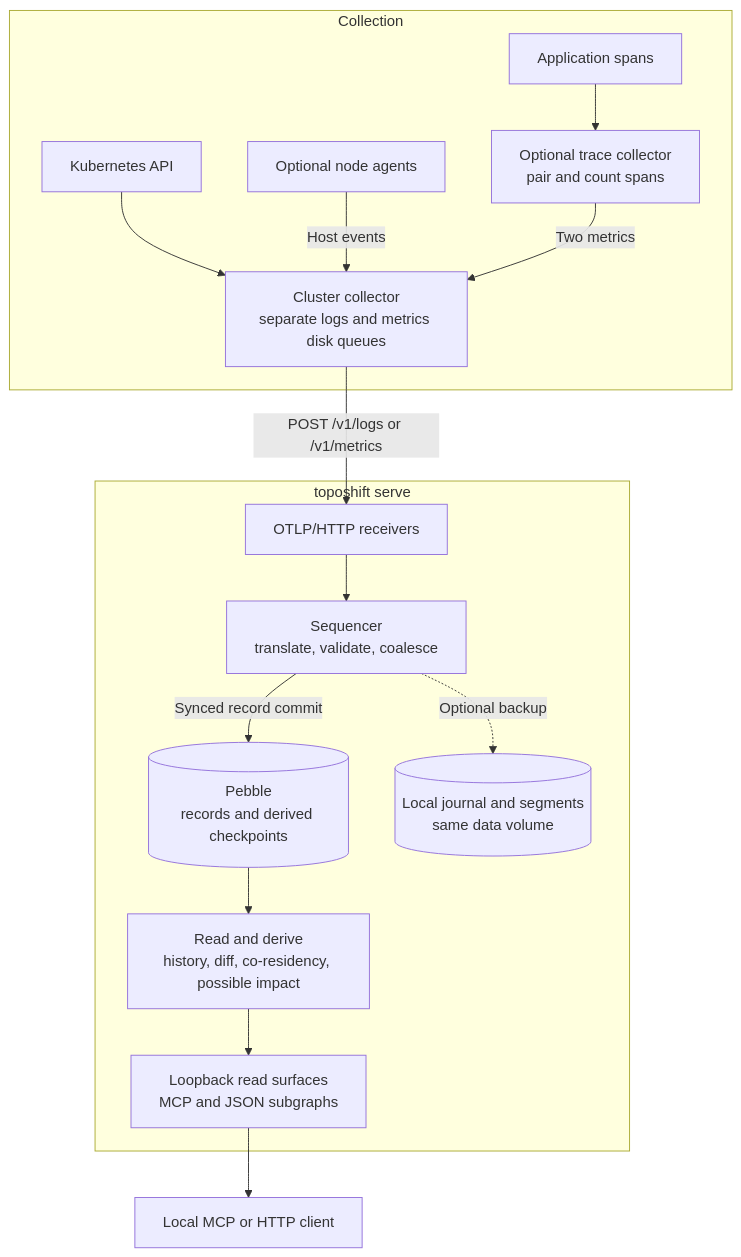
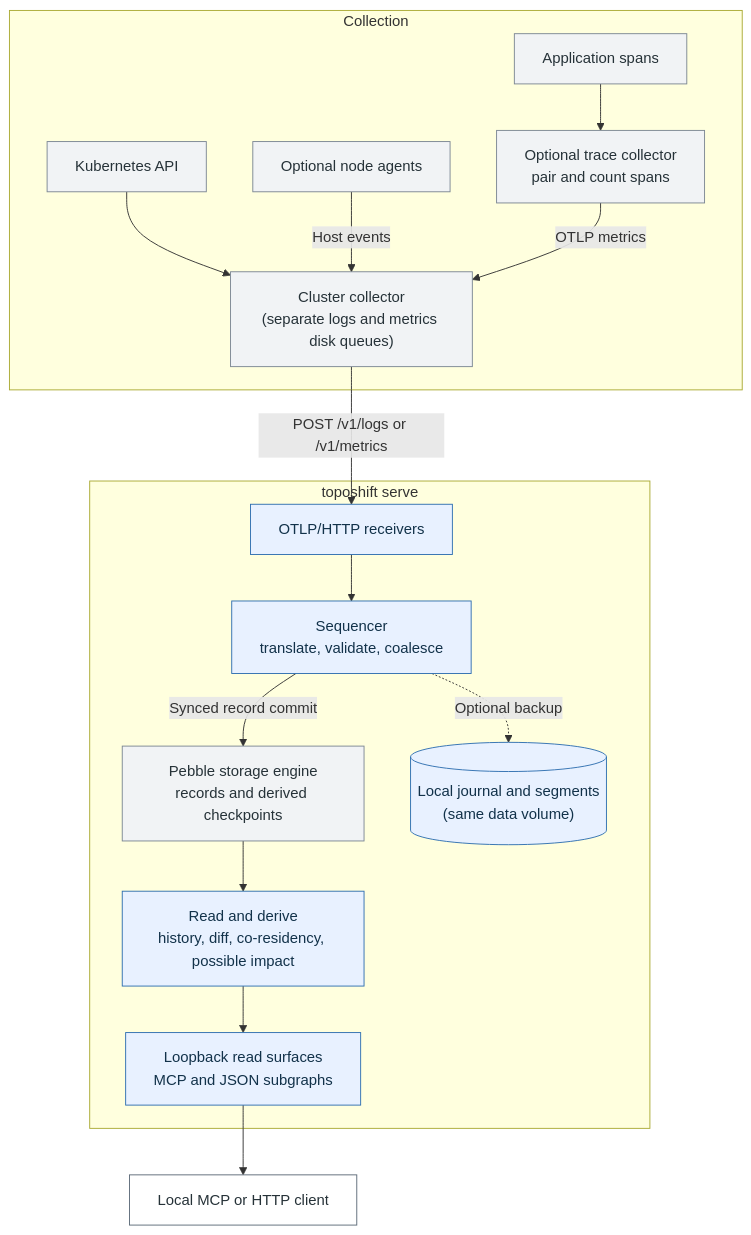
One commit to lotannauo/toposhift changed the diagram in docs/architecture.md. Above: the diagram before and after it, drawn with Mermaid. The commit also changed other lines of this file and 1 other file, not shown here.

Commit message:
[docs] M6: Clarify diagram ownership and queue labels
Distinguishes toposhift components and storage formats from upstream software in the system and collector diagrams. Keeps the existing flows and grouping, identifies Pebble as software, and uses parenthetical qualifiers for queue and volume details.

````diff
--- a/docs/architecture.md
+++ b/docs/architecture.md
@@ -5,18 +5,25 @@
 ```mermaid
 flowchart TB
     subgraph Collection["Collection"]
-        K["Kubernetes API"] --> G["Cluster collector<br/>separate logs and metrics disk queues"]
+        K["Kubernetes API"] --> G["Cluster collector<br/>(separate logs and metrics disk queues)"]
         N["Optional node agents"] -->|"Host events"| G
         A["Application spans"] --> T["Optional trace collector<br/>pair and count spans"]
-        T -->|"Two metrics"| G
+        T -->|"OTLP metrics"| G
     end
     subgraph Server["toposhift serve"]
         R["OTLP/HTTP receivers"] --> W["Sequencer<br/>translate, validate, coalesce"]
-        W -->|"Synced record commit"| P[("Pebble<br/>records and derived checkpoints")]
+        W -->|"Synced record commit"| P["Pebble storage engine<br/>records and derived checkpoints"]
         P --> Q["Read and derive<br/>history, diff, co-residency, possible impact"]
         Q --> H["Loopback read surfaces<br/>MCP and JSON subgraphs"]
-        W -. "Optional backup" .-> B[("Local journal and segments<br/>same data volume")]
+        W -. "Optional backup" .-> B[("Local journal and segments<br/>(same data volume)")]
     end
     G -->|"POST /v1/logs or /v1/metrics"| R
     H --> C["Local MCP or HTTP client"]
+
+    classDef owned fill:#e8f1ff,stroke:#2f6fb0,color:#12324a;
+    classDef upstream fill:#f1f3f5,stroke:#7c8793,color:#263238;
+    classDef client fill:#fff,stroke:#5d6b78,color:#263238;
+    class R,W,Q,H,B owned;
+    class K,N,A,T,G,P upstream;
+    class C client;
 ```
````
